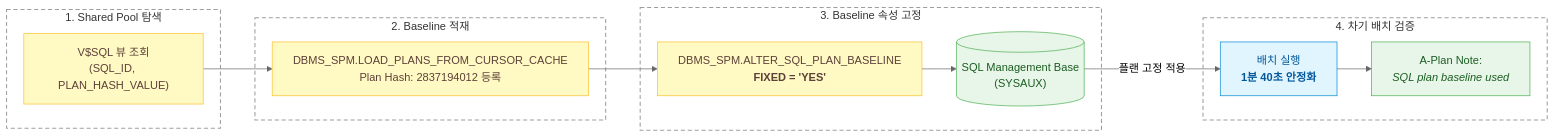
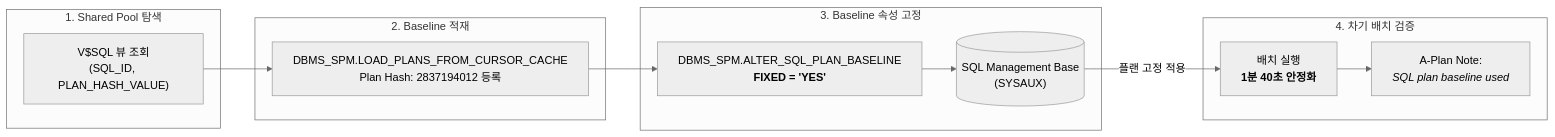
The third of 5 diagrams in docs/dbms/oracle/batch-execution-plan-instability-spm-tuning.md (djpibo/djpibo.github.io), drawn with Mermaid (neutral theme) before and after one commit. The commit also changed other lines of this file and 8 other files, not shown here.

Commit message:
style(mermaid): unify all diagrams to monochrome and remove colored rect boxes

````diff
--- a/docs/dbms/oracle/batch-execution-plan-instability-spm-tuning.md
+++ b/docs/dbms/oracle/batch-execution-plan-instability-spm-tuning.md
@@ -228,33 +213,24 @@
 ```mermaid
 flowchart LR
-    classDef storage fill:#E8F5E9,stroke:#4CAF50,color:#1B5E20;
-    classDef processor fill:#FFF9C4,stroke:#FBC02D,color:#5D4037;
-    classDef client fill:#E1F5FE,stroke:#0288D1,color:#01579B;
-    classDef entity fill:#FFFFFF,stroke:#424242,color:#212121;
 
     subgraph Step1["1. Shared Pool 탐색"]
-        VSQL["V$SQL 뷰 조회<br/>(SQL_ID, PLAN_HASH_VALUE)"]:::processor
+        VSQL["V$SQL 뷰 조회<br/>(SQL_ID, PLAN_HASH_VALUE)"]
     end
 
     subgraph Step2["2. Baseline 적재"]
-        SPM_LOAD["DBMS_SPM.LOAD_PLANS_FROM_CURSOR_CACHE<br/>Plan Hash: 2837194012 등록"]:::processor
+        SPM_LOAD["DBMS_SPM.LOAD_PLANS_FROM_CURSOR_CACHE<br/>Plan Hash: 2837194012 등록"]
     end
 
     subgraph Step3["3. Baseline 속성 고정"]
-        SPM_FIX["DBMS_SPM.ALTER_SQL_PLAN_BASELINE<br/><b>FIXED = 'YES'</b>"]:::processor
-        SMB[("SQL Management Base<br/>(SYSAUX)")]:::storage
+        SPM_FIX["DBMS_SPM.ALTER_SQL_PLAN_BASELINE<br/><b>FIXED = 'YES'</b>"]
+        SMB[("SQL Management Base<br/>(SYSAUX)")]
     end
 
     subgraph Step4["4. 차기 배치 검증"]
-        APP["배치 실행<br/><b>1분 40초 안정화</b>"]:::client
-        NOTE["A-Plan Note:<br/><i>SQL plan baseline used</i>"]:::storage
+        APP["배치 실행<br/><b>1분 40초 안정화</b>"]
+        NOTE["A-Plan Note:<br/><i>SQL plan baseline used</i>"]
     end
 
     VSQL --> SPM_LOAD --> SPM_FIX --> SMB
     SMB -->|"플랜 고정 적용"| APP --> NOTE
-
-    style Step1 fill:none,stroke:#9E9E9E,stroke-width:1.5px,stroke-dasharray:6 4;
-    style Step2 fill:none,stroke:#9E9E9E,stroke-width:1.5px,stroke-dasharray:6 4;
-    style Step3 fill:none,stroke:#9E9E9E,stroke-width:1.5px,stroke-dasharray:6 4;
-    style Step4 fill:none,stroke:#9E9E9E,stroke-width:1.5px,stroke-dasharray:6 4;
 ```
````
